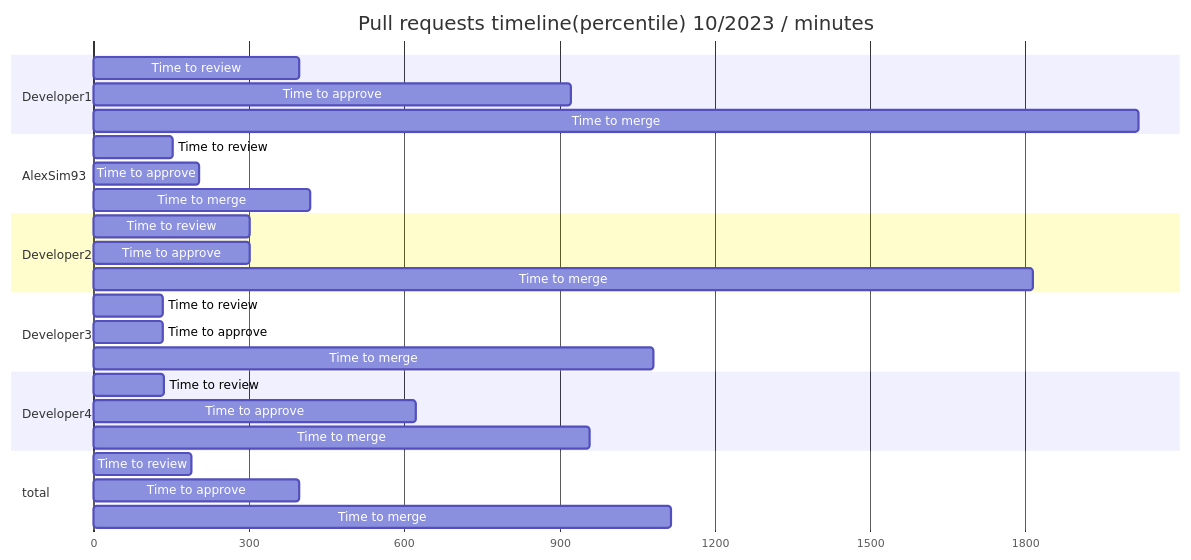
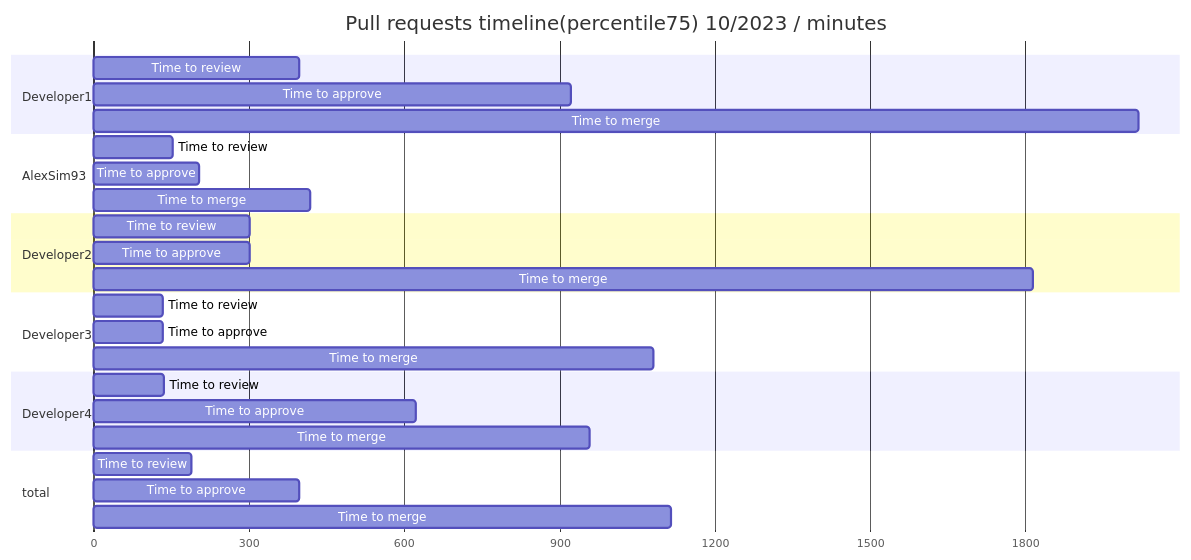
One commit to AlexSim93/pull-request-analytics-action changed the sixth of 12 diagrams in examples/periodReport.md. Above: the diagram before and after it, drawn with Mermaid. The commit also changed other lines of this file and 10 other files, not shown here.

````diff
--- a/examples/periodReport.md
+++ b/examples/periodReport.md
@@ -303,36 +303,36 @@
 ```mermaid
 gantt
-title Pull requests timeline(percentile) 10/2023 / minutes
+title Pull requests timeline(percentile75) 10/2023 / minutes
 dateFormat X
 axisFormat %s
 section Developer1
                 Time to review :  0, 397
 Time to approve :  0, 921
 Time to merge :  0, 2018
 
 section AlexSim93
                 Time to review :  0, 152
 Time to approve :  0, 204
 Time to merge :  0, 418
 
 section Developer2
                 Time to review :  0, 301
 Time to approve :  0, 301
 Time to merge :  0, 1814
 
 section Developer3
                 Time to review :  0, 133
 Time to approve :  0, 133
 Time to merge :  0, 1081
 
 section Developer4
                 Time to review :  0, 137
 Time to approve :  0, 622
 Time to merge :  0, 959
 
 section total
                 Time to review :  0, 189
 Time to approve :  0, 397
 Time to merge :  0, 1116
 
 ```
````
